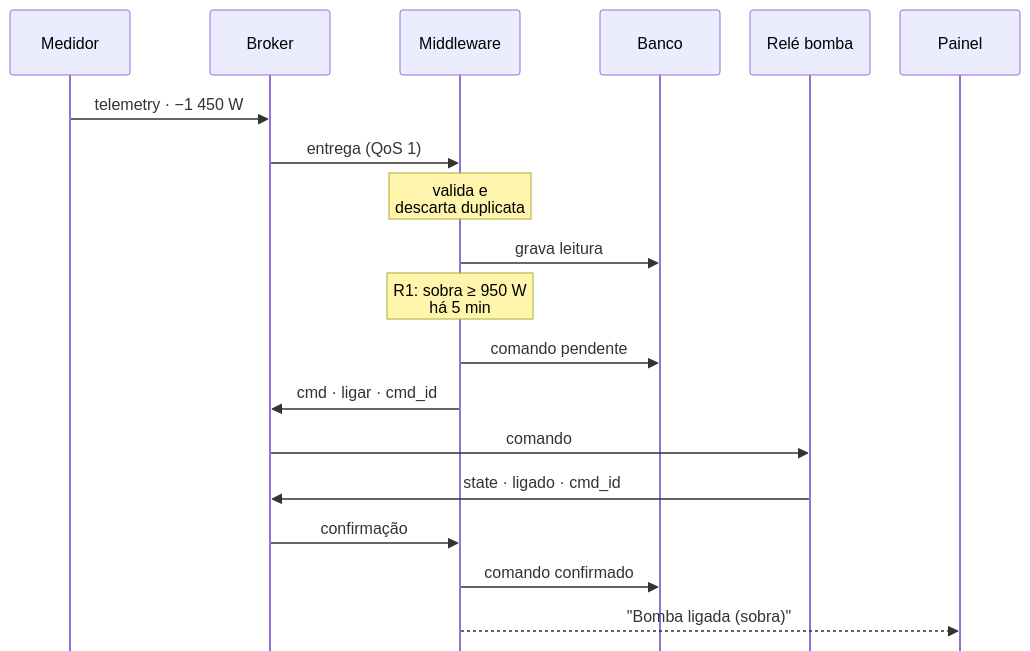
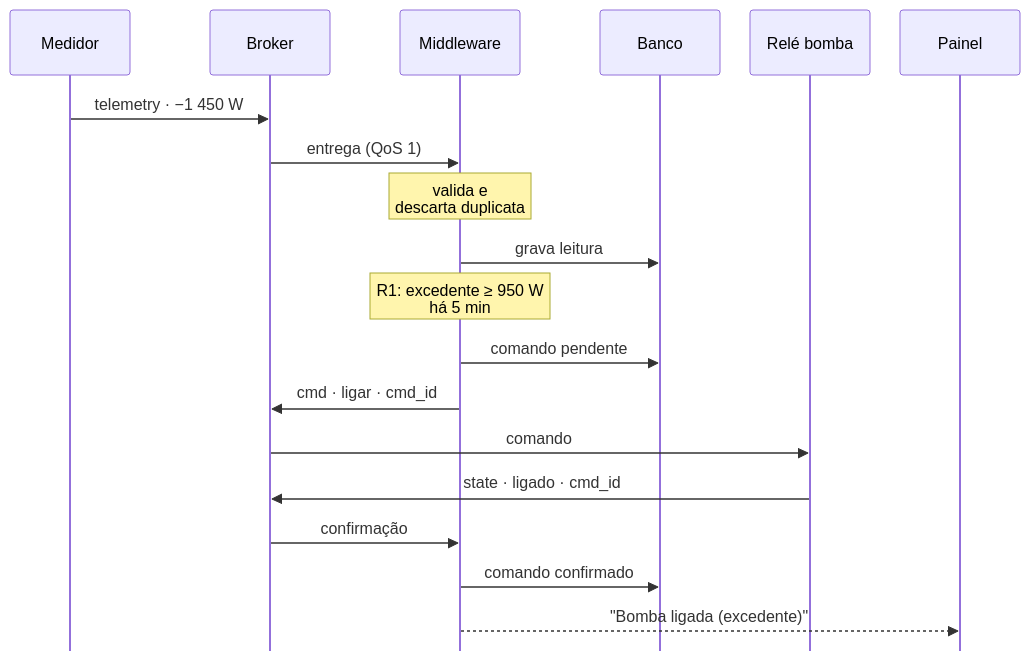
One commit to carneirofc/1322010-2025.3-A--IoT-Smart-Home-Software-Integration changed the diagram in relatorio/diagramas/fig02-sequencia-excedente.mmd. Above: the diagram before and after it, drawn with Mermaid. The commit also changed 6 other files, not shown here.

Commit message:
docs(report): add the SMS channel and a consistent payload to the architecture

```diff
--- a/relatorio/diagramas/fig02-sequencia-excedente.mmd
+++ b/relatorio/diagramas/fig02-sequencia-excedente.mmd
@@ -1,21 +1,21 @@
 %%{init: {"sequence": {"mirrorActors": false, "messageMargin": 18, "noteMargin": 6, "actorMargin": 30, "width": 120}, "themeVariables": {"fontSize": "15px"}}}%%
 sequenceDiagram
   participant M as Medidor
   participant B as Broker
   participant W as Middleware
   participant D as Banco
   participant R as Relé bomba
   participant U as Painel
 
   M->>B: telemetry · −1 450 W
   B->>W: entrega (QoS 1)
   Note over W: valida e<br/>descarta duplicata
   W->>D: grava leitura
-  Note over W: R1: sobra ≥ 950 W<br/>há 5 min
+  Note over W: R1: excedente ≥ 950 W<br/>há 5 min
   W->>D: comando pendente
   W->>B: cmd · ligar · cmd_id
   B->>R: comando
   R->>B: state · ligado · cmd_id
   B->>W: confirmação
   W->>D: comando confirmado
-  W-->>U: "Bomba ligada (sobra)"
+  W-->>U: "Bomba ligada (excedente)"
```
